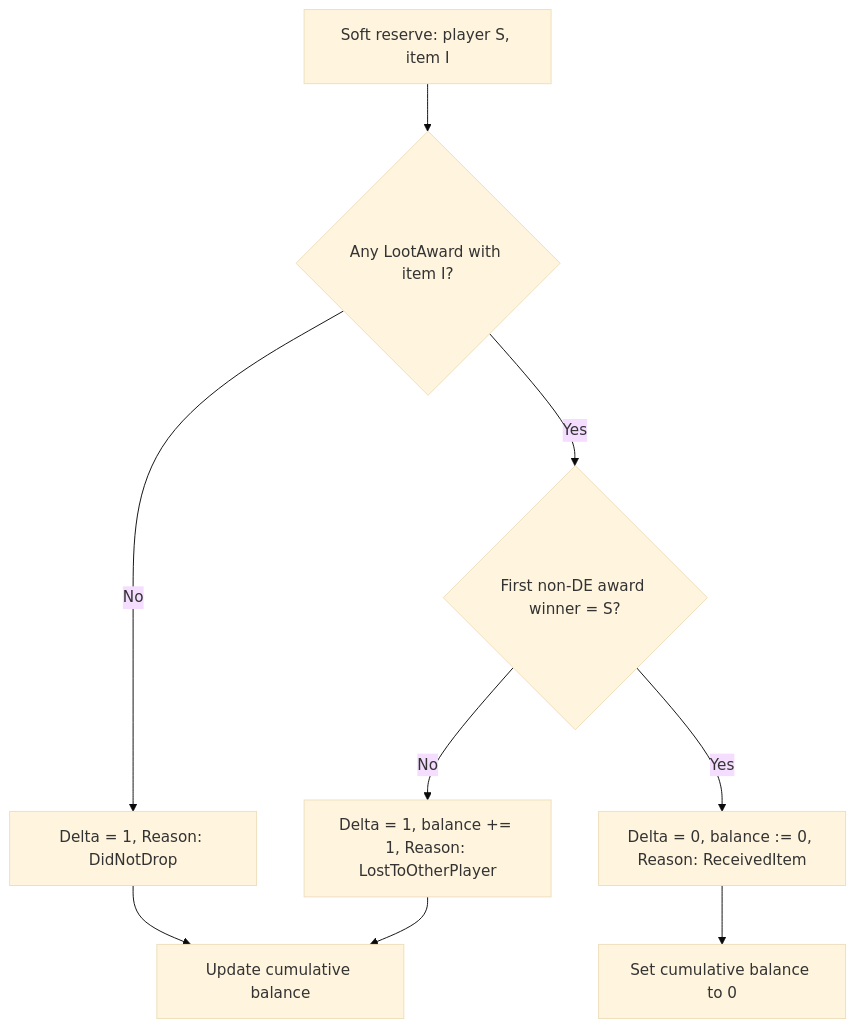
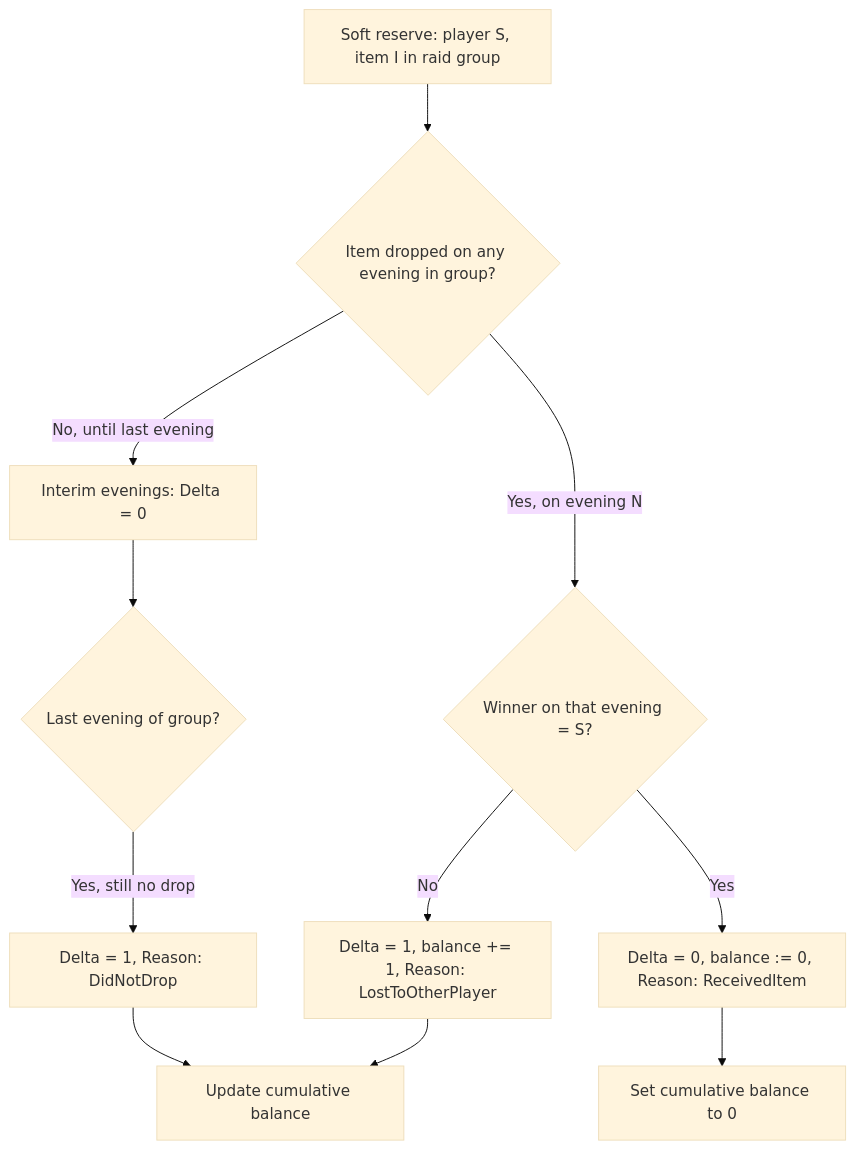
One commit to s-master/SoftreserveWeeklyTracker changed the diagram in docs/PLUS_ONE_LOGIC.md. Above: the diagram before and after it, drawn with Mermaid (base theme). The commit also changed other lines of this file and 5 other files, not shown here.

````diff
--- a/docs/PLUS_ONE_LOGIC.md
+++ b/docs/PLUS_ONE_LOGIC.md
@@ -21,11 +24,13 @@
 ```mermaid
 flowchart TD
-    A[Soft reserve: player S, item I] --> B{Any LootAward with item I?}
-    B -->|No| C[Delta = 1, Reason: DidNotDrop]
-    B -->|Yes| D{First non-DE award winner = S?}
-    D -->|Yes| E[Delta = 0, balance := 0, Reason: ReceivedItem]
-    D -->|No| F[Delta = 1, balance += 1, Reason: LostToOtherPlayer]
-    C --> G[Update cumulative balance]
-    F --> G
-    E --> H[Set cumulative balance to 0]
+    A[Soft reserve: player S, item I in raid group] --> B{Item dropped on any evening in group?}
+    B -->|No, until last evening| C[Interim evenings: Delta = 0]
+    C --> D{Last evening of group?}
+    D -->|Yes, still no drop| E[Delta = 1, Reason: DidNotDrop]
+    B -->|Yes, on evening N| F{Winner on that evening = S?}
+    F -->|Yes| G[Delta = 0, balance := 0, Reason: ReceivedItem]
+    F -->|No| H[Delta = 1, balance += 1, Reason: LostToOtherPlayer]
+    E --> I[Update cumulative balance]
+    H --> I
+    G --> J[Set cumulative balance to 0]
 ```
````
